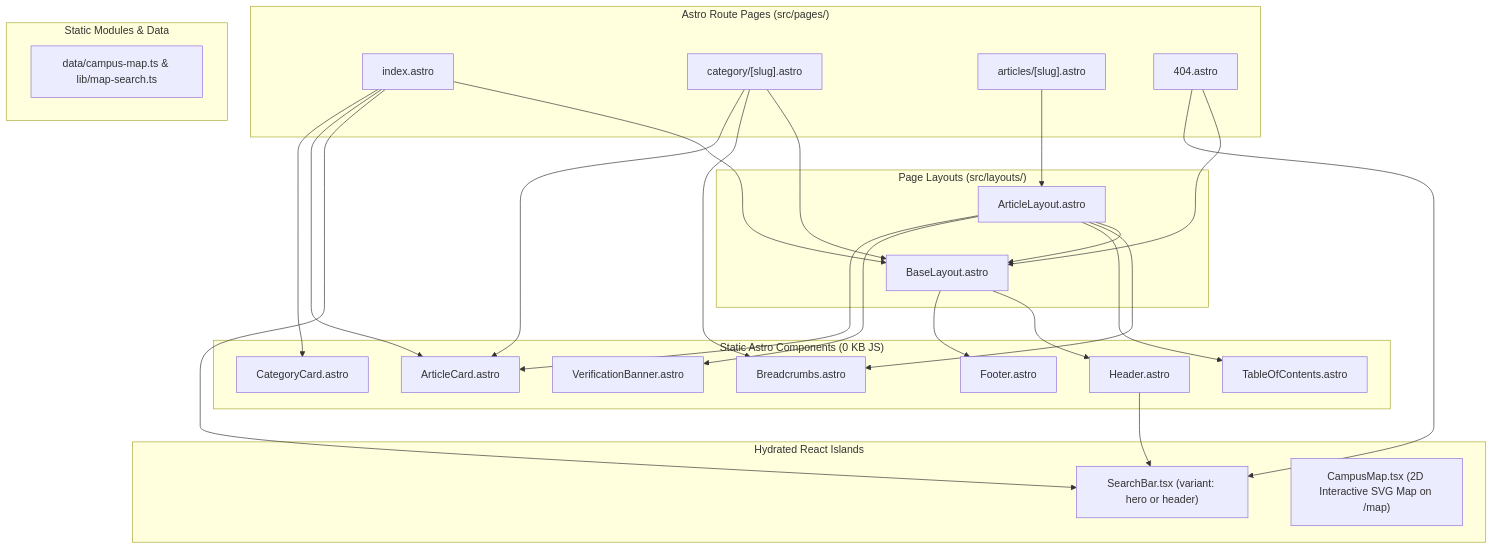
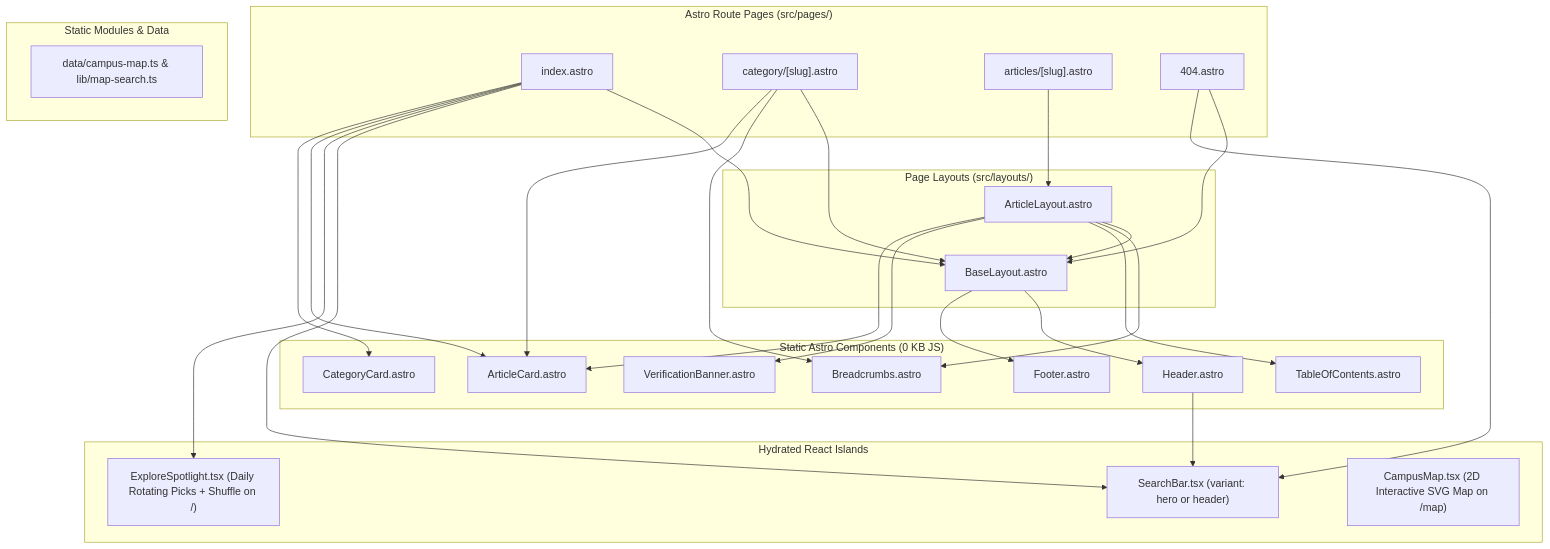
The second of 2 diagrams in ARCHITECTURE.md (bulsutools/geary), drawn with Mermaid before and after one commit. The commit also changed other lines of this file and 12 other files, not shown here.

````diff
--- a/ARCHITECTURE.md
+++ b/ARCHITECTURE.md
@@ -101,57 +101,59 @@
 ```mermaid
 flowchart TD
     subgraph Pages["Astro Route Pages (src/pages/)"]
         P_HOME["index.astro"]
         P_CAT["category/[slug].astro"]
         P_ART["articles/[slug].astro"]
         P_404["404.astro"]
     end
 
     subgraph Layouts["Page Layouts (src/layouts/)"]
         L_BASE["BaseLayout.astro"]
         L_ART["ArticleLayout.astro"]
     end
 
     subgraph StaticComps["Static Astro Components (0 KB JS)"]
         C_HDR["Header.astro"]
         C_FTR["Footer.astro"]
         C_BC["Breadcrumbs.astro"]
         C_CCARD["CategoryCard.astro"]
         C_ACARD["ArticleCard.astro"]
         C_TOC["TableOfContents.astro"]
         C_VER["VerificationBanner.astro"]
     end
 
     subgraph StaticData["Static Modules & Data"]
         D_MAP["data/campus-map.ts & lib/map-search.ts"]
     end
 
     subgraph Islands["Hydrated React Islands"]
         I_SRCH["SearchBar.tsx (variant: hero or header)"]
+        I_EXPL["ExploreSpotlight.tsx (Daily Rotating Picks + Shuffle on /)"]
         I_MAP["CampusMap.tsx (2D Interactive SVG Map on /map)"]
     end
 
     P_HOME --> L_BASE
     P_CAT --> L_BASE
     P_404 --> L_BASE
     P_ART --> L_ART
     L_ART --> L_BASE
 
     L_BASE --> C_HDR
     L_BASE --> C_FTR
     C_HDR --> I_SRCH
 
     P_HOME --> I_SRCH
+    P_HOME --> I_EXPL
     P_HOME --> C_ACARD
     P_HOME --> C_CCARD
 
     P_CAT --> C_BC
     P_CAT --> C_ACARD
 
     L_ART --> C_BC
     L_ART --> C_TOC
     L_ART --> C_VER
     L_ART --> C_ACARD
 
     P_404 --> I_SRCH
 ```
````
